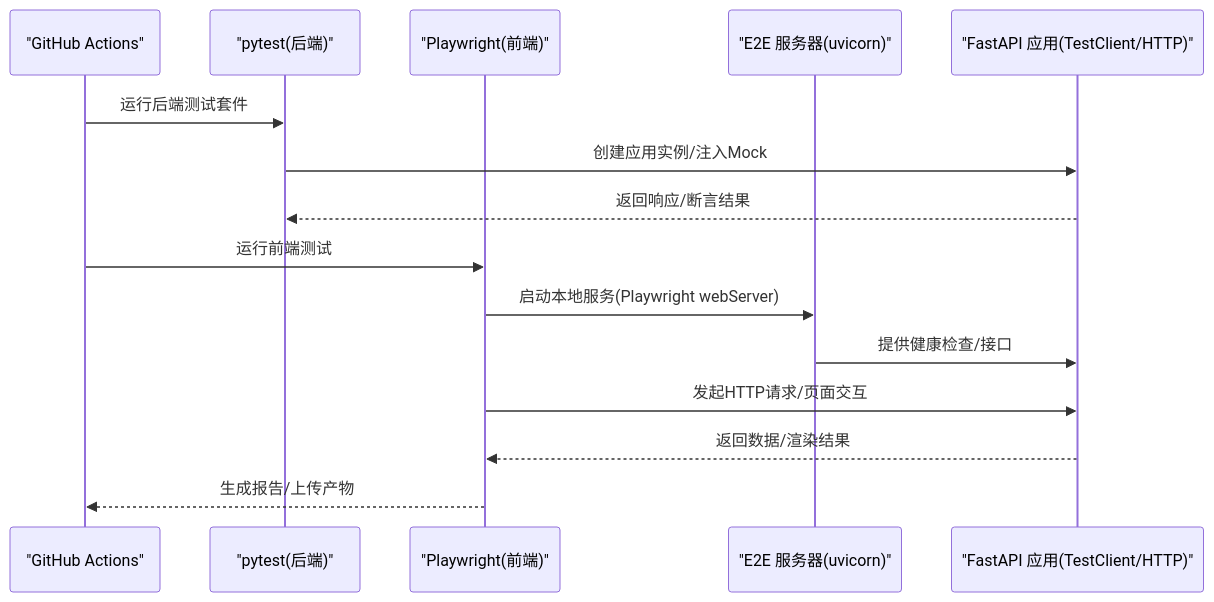
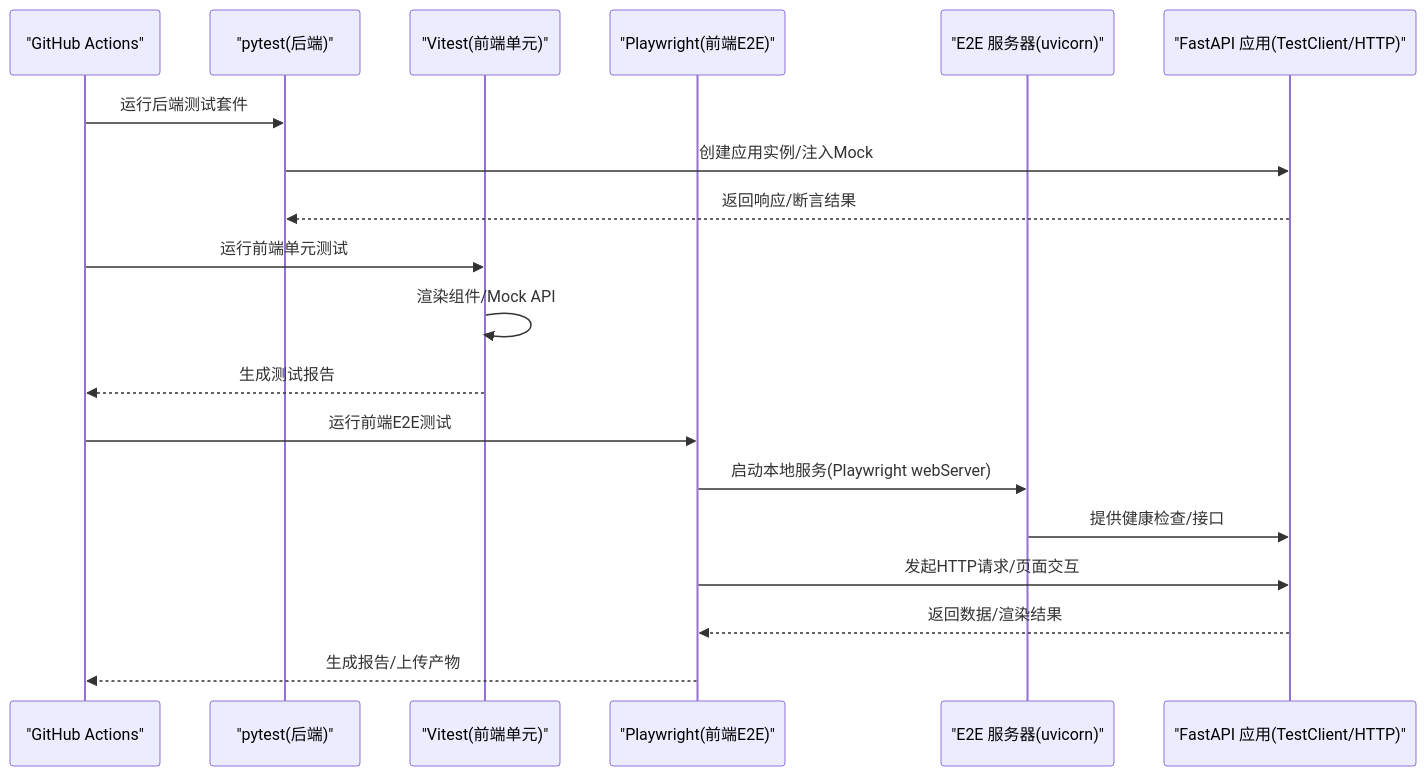
The second of 7 diagrams in .qoder/repowiki/zh/content/开发指南/测试策略.md (757607106/nanobot), drawn with Mermaid before and after one commit. The commit also changed other lines of this file and 60 other files, not shown here.

````diff
--- a/.qoder/repowiki/zh/content/开发指南/测试策略.md
+++ b/.qoder/repowiki/zh/content/开发指南/测试策略.md
@@ -114,17 +121,21 @@
 ```mermaid
 sequenceDiagram
 participant GH as "GitHub Actions"
 participant PY as "pytest(后端)"
-participant PW as "Playwright(前端)"
+participant VT as "Vitest(前端单元)"
+participant PW as "Playwright(前端E2E)"
 participant UV as "E2E 服务器(uvicorn)"
 participant FA as "FastAPI 应用(TestClient/HTTP)"
 GH->>PY : 运行后端测试套件
 PY->>FA : 创建应用实例/注入Mock
 FA-->>PY : 返回响应/断言结果
-GH->>PW : 运行前端测试
+GH->>VT : 运行前端单元测试
+VT->>VT : 渲染组件/Mock API
+VT-->>GH : 生成测试报告
+GH->>PW : 运行前端E2E测试
 PW->>UV : 启动本地服务(Playwright webServer)
 UV->>FA : 提供健康检查/接口
 PW->>FA : 发起HTTP请求/页面交互
 FA-->>PW : 返回数据/渲染结果
 PW-->>GH : 生成报告/上传产物
 ```
````
